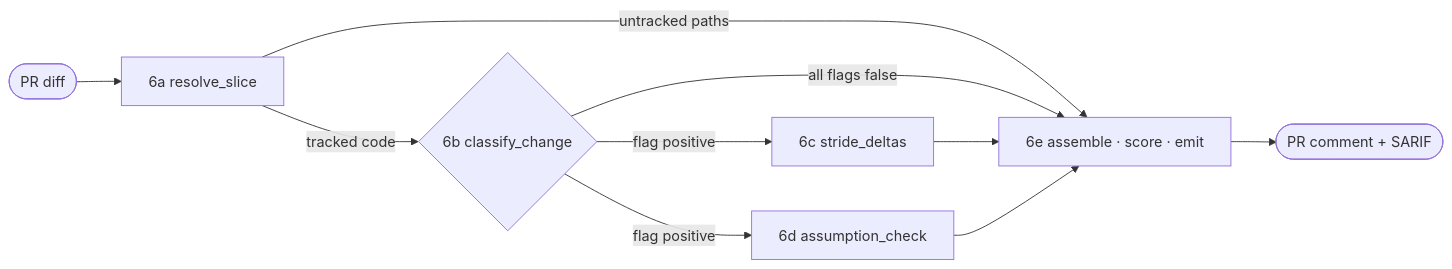
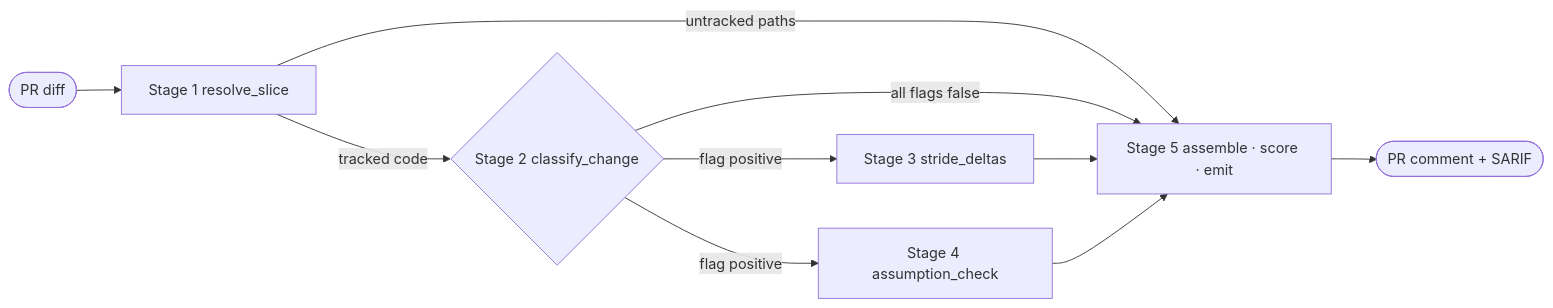
The diagram in README.md (Devko/pipeThreat), drawn with Mermaid before and after one commit. The commit also changed other lines of this file and 46 other files, not shown here.

````diff
--- a/README.md
+++ b/README.md
@@ -57,12 +57,12 @@
 ```mermaid
 flowchart LR
-    PR([PR diff]) --> A[6a resolve_slice]
+    PR([PR diff]) --> A[Stage 1 resolve_slice]
     A -- untracked paths --> E
-    A -- tracked code --> B{6b classify_change}
+    A -- tracked code --> B{Stage 2 classify_change}
     B -- all flags false --> E
-    B -- flag positive --> C[6c stride_deltas]
-    B -- flag positive --> D[6d assumption_check]
-    C --> E[6e assemble · score · emit]
+    B -- flag positive --> C[Stage 3 stride_deltas]
+    B -- flag positive --> D[Stage 4 assumption_check]
+    C --> E[Stage 5 assemble · score · emit]
     D --> E
     E --> OUT([PR comment + SARIF])
 ```
````
